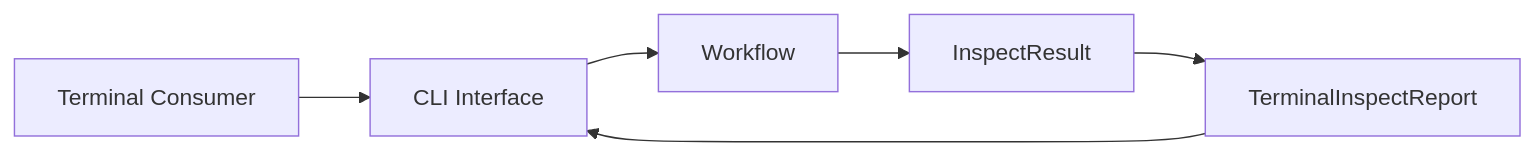
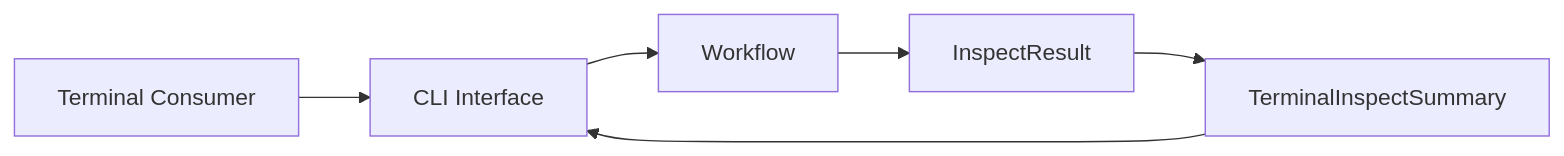
Before and after one commit to huang-xiao-jian/bluey: the first of 2 diagrams in specs/npm-plus/interfaces/spec.md, drawn with Mermaid. The commit also changed 21 other files, not shown here.

````diff
--- a/specs/npm-plus/interfaces/spec.md
+++ b/specs/npm-plus/interfaces/spec.md
@@ -15,12 +15,12 @@
 ```mermaid
 ---
 config:
   layout: dagre
 ---
 flowchart LR
     Terminal["Terminal Consumer"] --> Cli["CLI Interface"]
     Cli --> Workflow["Workflow"]
     Workflow --> Raw["InspectResult"]
-    Raw --> Report["TerminalInspectReport"]
-    Report --> Cli
+    Raw --> Summary["TerminalInspectSummary"]
+    Summary --> Cli
 ```
````
